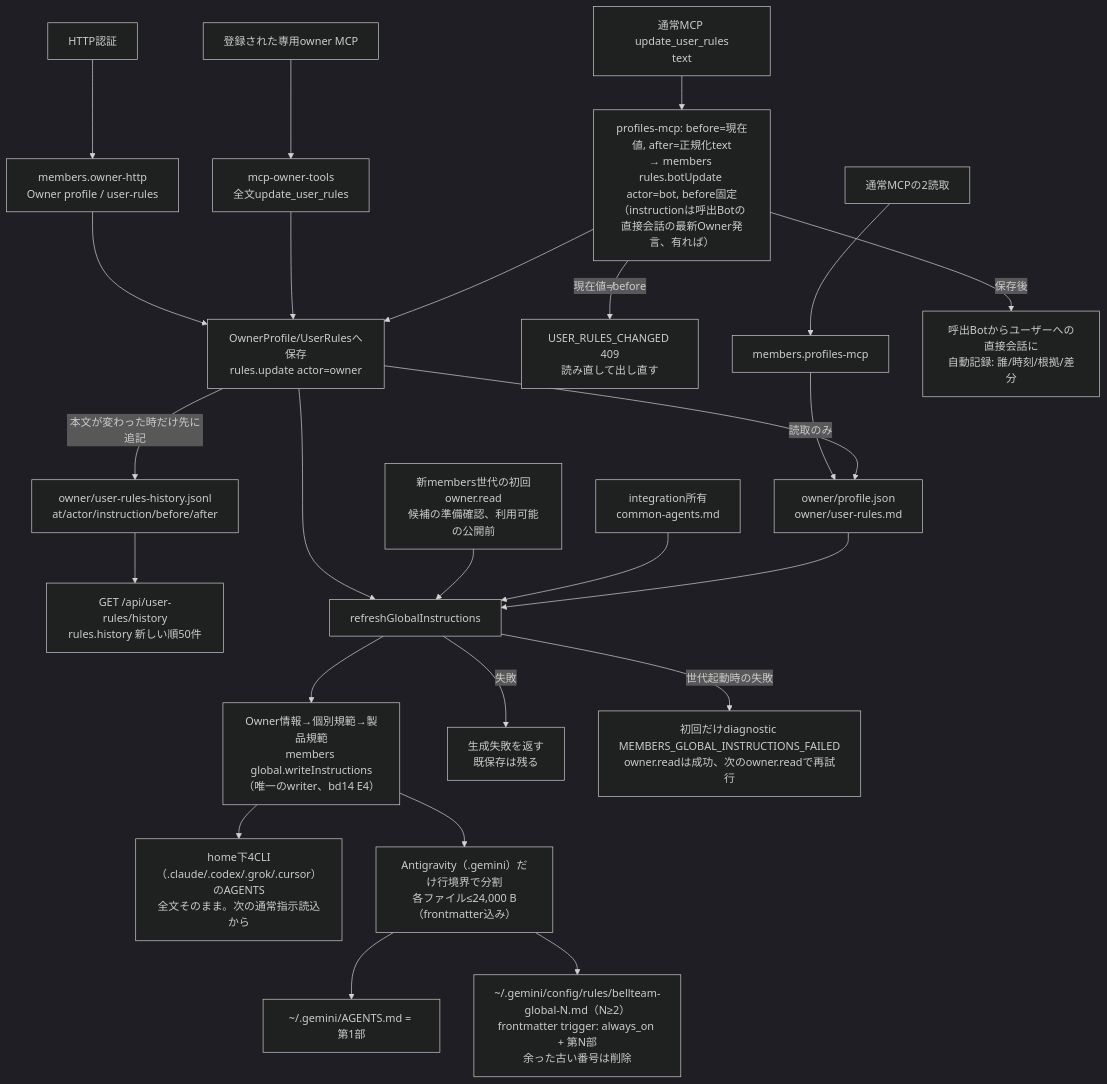
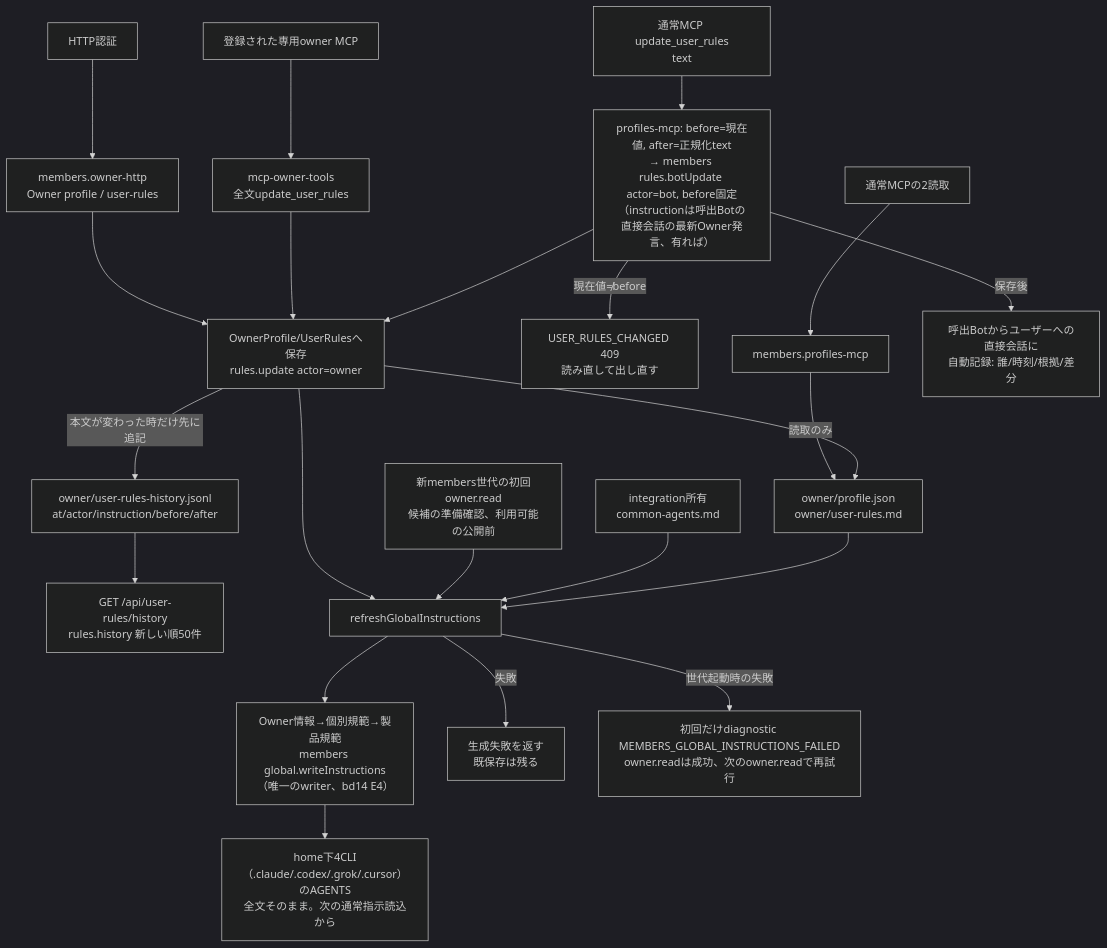
The first of 3 diagrams in docs/architecture/modules/members/instructions.md (kitepon/BellTeam), drawn with Mermaid (dark theme) before and after one commit. The commit also changed other lines of this file and 46 other files, not shown here.

````diff
--- a/docs/architecture/modules/members/instructions.md
+++ b/docs/architecture/modules/members/instructions.md
@@ -5,27 +5,24 @@
 ```mermaid
 flowchart TD
   Http["HTTP認証"] --> Owner["members.owner-http<br/>Owner profile / user-rules"]
   Read["通常MCPの2読取"] --> Member["members.profiles-mcp"]
   BotWrite["通常MCP update_user_rules<br/>text"] --> BotSave["profiles-mcp: before=現在値, after=正規化text<br/>→ members rules.botUpdate actor=bot, before固定<br/>（instructionは呼出Botの直接会話の最新Owner発言、有れば）"]
   BotSave -->|"現在値≠before"| Changed["USER_RULES_CHANGED 409<br/>読み直して出し直す"]
   Dedicated["登録された専用owner MCP"] --> Rules["mcp-owner-tools<br/>全文update_user_rules"]
   Owner --> Save["OwnerProfile/UserRulesへ保存<br/>rules.update actor=owner"]
   Rules --> Save
   BotSave --> Save
   Member -->|"読取のみ"| Data["owner/profile.json<br/>owner/user-rules.md"]
   Save -->|"本文が変わった時だけ先に追記"| History["owner/user-rules-history.jsonl<br/>at/actor/instruction/before/after"]
   Save --> Data
   History --> HistoryApi["GET /api/user-rules/history<br/>rules.history 新しい順50件"]
   BotSave -->|"保存後"| Notice["呼出Botからユーザーへの直接会話に<br/>自動記録: 誰/時刻/根拠/差分"]
   Save --> Refresh["refreshGlobalInstructions"]
   Generation["新members世代の初回owner.read<br/>候補の準備確認、利用可能の公開前"] --> Refresh
   Common["integration所有<br/>common-agents.md"] --> Refresh
   Data --> Refresh
   Refresh --> Write["Owner情報→個別規範→製品規範<br/>members global.writeInstructions（唯一のwriter、bd14 E4）"]
   Write --> Globals["home下4CLI（.claude/.codex/.grok/.cursor）のAGENTS<br/>全文そのまま。次の通常指示読込から"]
-  Write --> Split["Antigravity（.gemini）だけ行境界で分割<br/>各ファイル≤24,000 B（frontmatter込み）"]
-  Split --> GeminiMain["~/.gemini/AGENTS.md = 第1部"]
-  Split --> GeminiRules["~/.gemini/config/rules/bellteam-global-N.md（N≥2）<br/>frontmatter trigger: always_on + 第N部<br/>余った古い番号は削除"]
   Refresh -->|"失敗"| Failure["生成失敗を返す<br/>既保存は残る"]
   Refresh -->|"世代起動時の失敗"| Diagnostic["初回だけdiagnostic MEMBERS_GLOBAL_INSTRUCTIONS_FAILED<br/>owner.readは成功、次のowner.readで再試行"]
 ```
````
